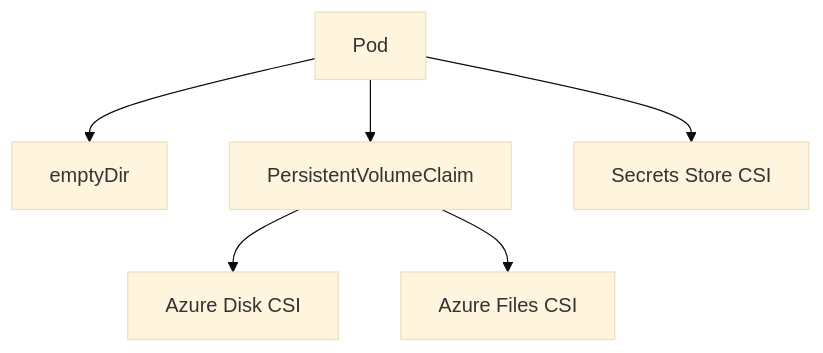
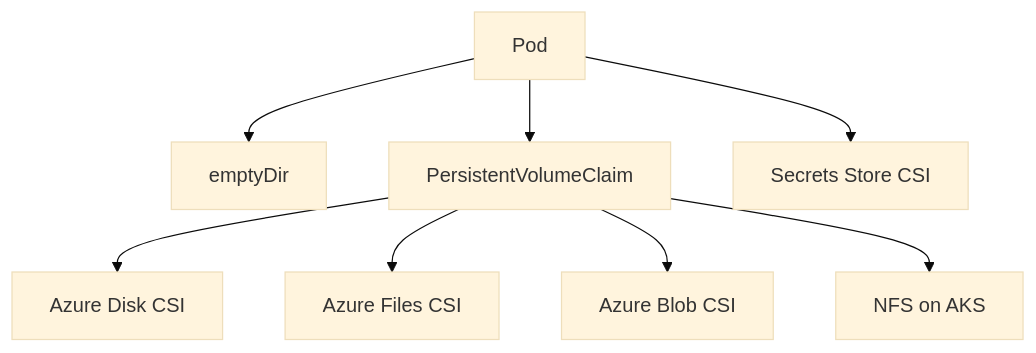
Before and after one commit to yeongseon/azure-kubernetes-service-practical-guide: the diagram in docs/platform/storage-options.md, drawn with Mermaid (base theme). The commit also changed other lines of this file and 17 other files, not shown here.

Commit message:
docs: add AKS backup/restore, CSI storage, and StatefulSet day-2 operations content (#11) (#57)

````diff
--- a/docs/platform/storage-options.md
+++ b/docs/platform/storage-options.md
@@ -40,8 +41,10 @@
 ```mermaid
 flowchart TD
     A[Pod] --> B[emptyDir]
     A --> C[PersistentVolumeClaim]
     C --> D[Azure Disk CSI]
     C --> E[Azure Files CSI]
-    A --> F[Secrets Store CSI]
+    C --> F[Azure Blob CSI]
+    C --> G[NFS on AKS]
+    A --> H[Secrets Store CSI]
 ```
````
